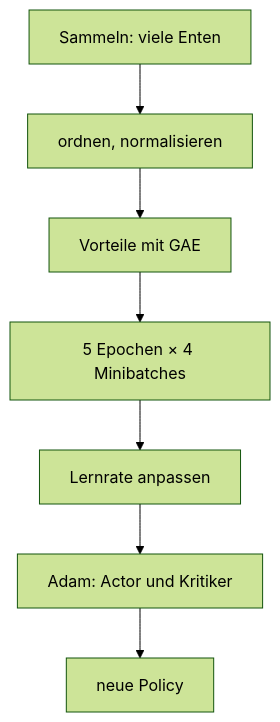
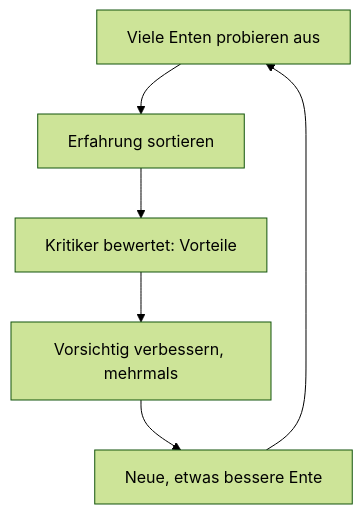
One commit to ChristianHohlfeld/kernengine.de changed the fourth of 5 diagrams in kern/docs/buch-gelb/A-grundlagen-neuronale-netze.md. Above: the diagram before and after it, drawn with Mermaid (forest theme). The commit also changed other lines of this file and 22 other files, not shown here.

````diff
--- a/kern/docs/buch-gelb/A-grundlagen-neuronale-netze.md
+++ b/kern/docs/buch-gelb/A-grundlagen-neuronale-netze.md
@@ -414,9 +531,8 @@
 ```mermaid
 flowchart TD
-  S["Sammeln: viele Enten"] --> N["ordnen, normalisieren"]
-  N --> G["Vorteile mit GAE"]
-  G --> E["5 Epochen × 4 Minibatches"]
-  E --> K["Lernrate anpassen"]
-  K --> A["Adam: Actor und Kritiker"]
-  A --> P["neue Policy"]
+  S["Viele Enten probieren aus"] --> O["Erfahrung sortieren"]
+  O --> G["Kritiker bewertet: Vorteile"]
+  G --> L["Vorsichtig verbessern, mehrmals"]
+  L --> P["Neue, etwas bessere Ente"]
+  P --> S
 ```
````
